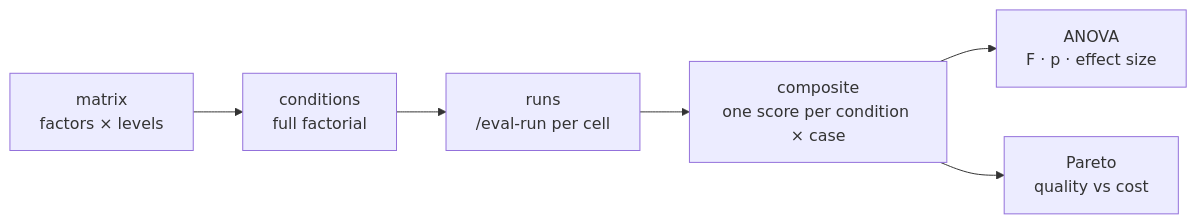
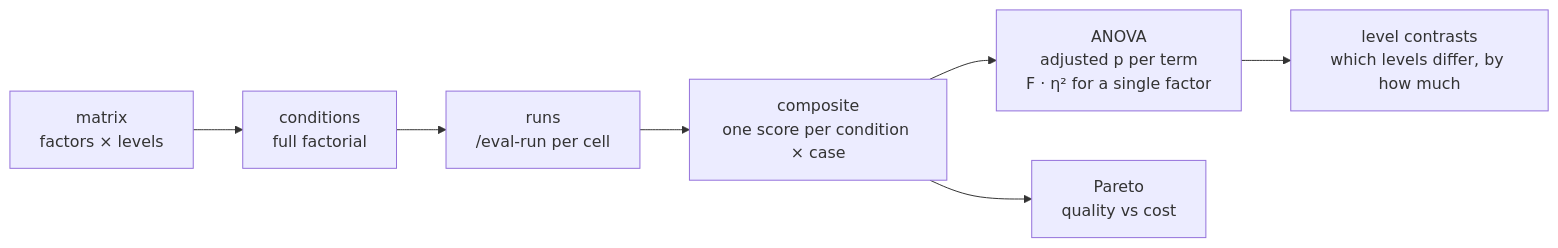
The diagram in website/concepts/anova.md (opendatahub-io/agent-eval-harness), drawn with Mermaid before and after one commit. The commit also changed other lines of this file and 6 other files, not shown here.

First line of the commit message:
docs(anova): document the ANOVA journey end to end — contrasts, per-judge screening, correction choice, CI gating

````diff
--- a/website/concepts/anova.md
+++ b/website/concepts/anova.md
@@ -22,8 +22,9 @@
 ```mermaid
 flowchart LR
     M[matrix<br/>factors × levels] --> C[conditions<br/>full factorial]
     C --> R[runs<br/>/eval-run per cell]
     R --> S[composite<br/>one score per condition × case]
-    S --> A[ANOVA<br/>F · p · effect size]
+    S --> A[ANOVA<br/>adjusted p per term<br/>F · η² for a single factor]
+    A --> K[level contrasts<br/>which levels differ, by how much]
     S --> P[Pareto<br/>quality vs cost]
 ```
````
